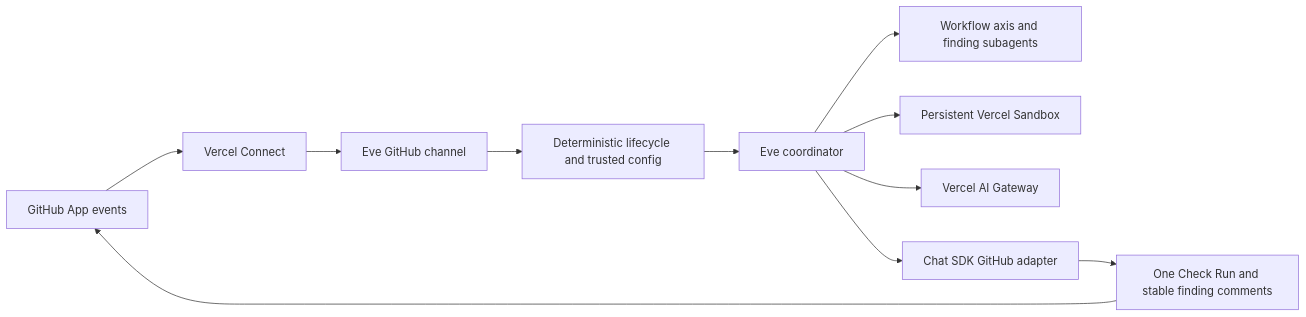
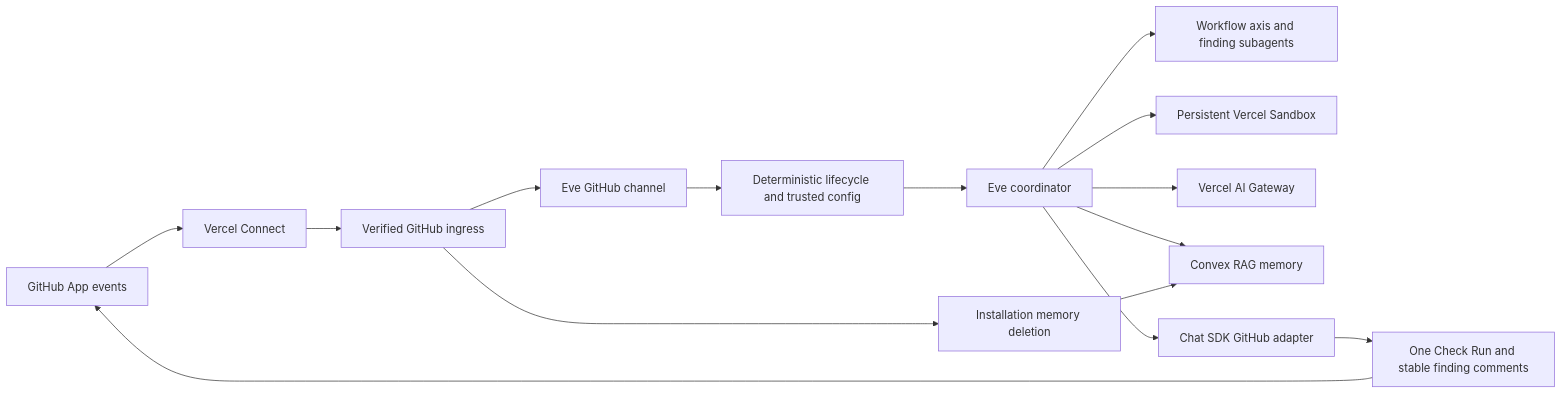
Before and after one commit to frostney/known-good-review: the diagram in docs/architecture.md, drawn with Mermaid. The commit also changed other lines of this file and 74 other files, not shown here.

````diff
--- a/docs/architecture.md
+++ b/docs/architecture.md
@@ -5,13 +5,17 @@
 ```mermaid
 flowchart LR
   GH["GitHub App events"] --> VC["Vercel Connect"]
-  VC --> EC["Eve GitHub channel"]
+  VC --> GI["Verified GitHub ingress"]
+  GI --> EC["Eve GitHub channel"]
+  GI --> MD["Installation memory deletion"]
   EC --> LC["Deterministic lifecycle and trusted config"]
   LC --> ER["Eve coordinator"]
   ER --> WF["Workflow axis and finding subagents"]
   ER --> VS["Persistent Vercel Sandbox"]
   ER --> AG["Vercel AI Gateway"]
+  ER --> CM["Convex RAG memory"]
+  MD --> CM
   ER --> CS["Chat SDK GitHub adapter"]
   CS --> CR["One Check Run and stable finding comments"]
   CR --> GH
 ```
````
